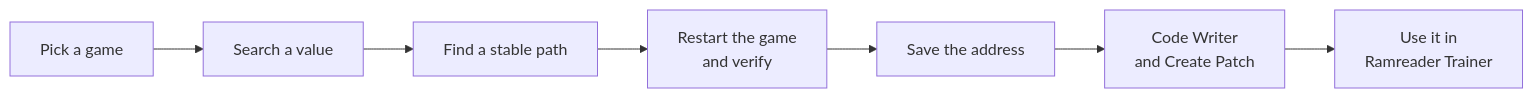
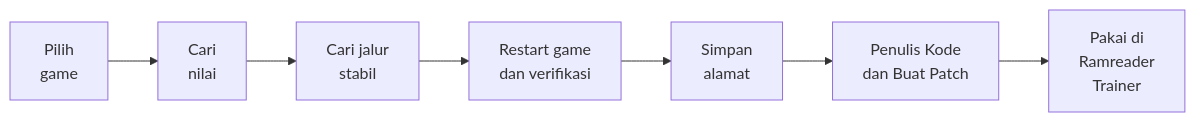
The diagram in README.md (fathun12/Ramreader), drawn with Mermaid before and after one commit. The commit also changed other lines of this file and 1 other file, not shown here.

````diff
--- a/README.md
+++ b/README.md
@@ -26,9 +26,9 @@
 ```mermaid
 flowchart LR
-    A[Pick a game] --> B[Search a value]
-    B --> C[Find a stable path]
-    C --> D[Restart the game<br/>and verify]
-    D --> E[Save the address]
-    E --> F[Code Writer<br/>and Create Patch]
-    F --> G[Use it in<br/>Ramreader Trainer]
+    A[Pilih<br/>game] --> B[Cari<br/>nilai]
+    B --> C[Cari jalur<br/>stabil]
+    C --> D[Restart game<br/>dan verifikasi]
+    D --> E[Simpan<br/>alamat]
+    E --> F[Penulis Kode<br/>dan Buat Patch]
+    F --> G[Pakai di<br/>Ramreader<br/>Trainer]
 ```
````
